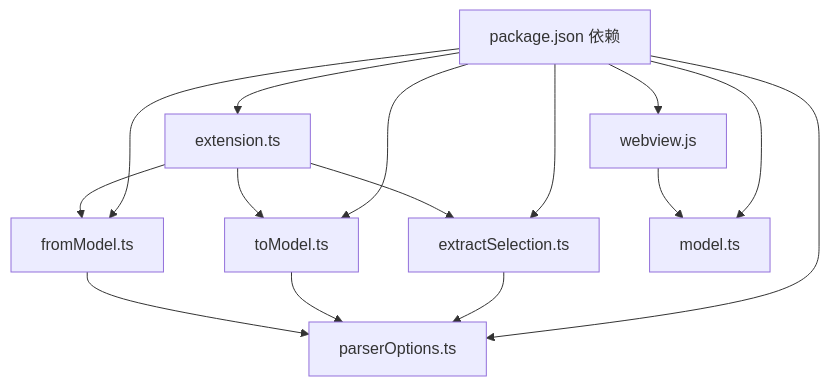
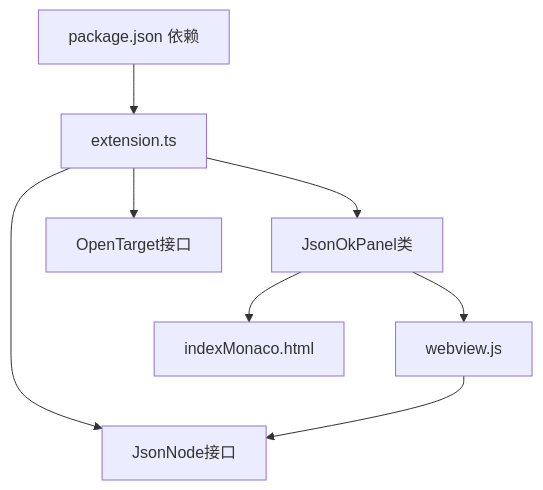
Before and after one commit to meiok1/wysjson: the ninth of 9 diagrams in .qoder/repowiki/zh/content/核心架构设计/核心架构设计.md, drawn with Mermaid. The commit also changed other lines of this file and 45 other files, not shown here.

````diff
--- a/.qoder/repowiki/zh/content/核心架构设计/核心架构设计.md
+++ b/.qoder/repowiki/zh/content/核心架构设计/核心架构设计.md
@@ -371,25 +433,17 @@
 ```mermaid
 graph TB
 PKG["package.json 依赖"]
 EXT["extension.ts"]
-EX["extractSelection.ts"]
-TOM["toModel.ts"]
-FM["fromModel.ts"]
-PO["parserOptions.ts"]
-MD["model.ts"]
+PANEL["JsonOkPanel类"]
 WV["webview.js"]
+HTML["indexMonaco.html"]
+MODEL["JsonNode接口"]
+TARGET["OpenTarget接口"]
 PKG --> EXT
-PKG --> EX
-PKG --> TOM
-PKG --> FM
-PKG --> PO
-PKG --> MD
-PKG --> WV
-EXT --> EX
-EXT --> TOM
-EXT --> FM
-EX --> PO
-TOM --> PO
-FM --> PO
-WV --> MD
+EXT --> PANEL
+EXT --> MODEL
+EXT --> TARGET
+PANEL --> WV
+PANEL --> HTML
+WV --> MODEL
 ```
````
